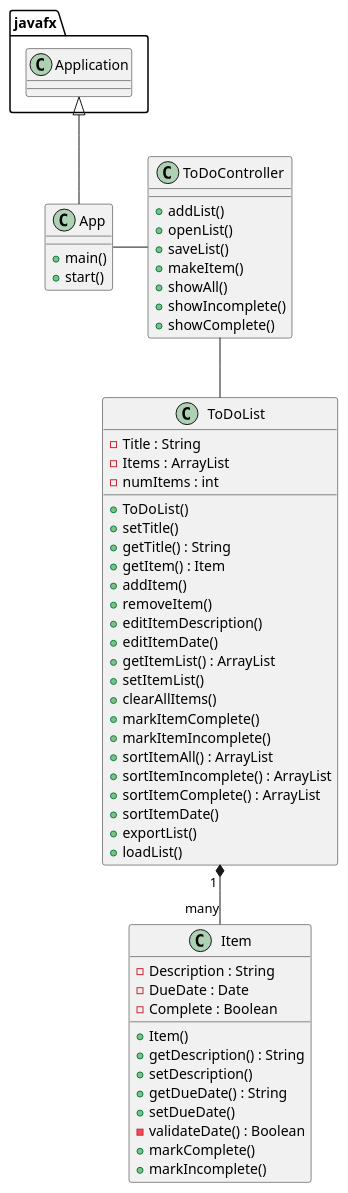
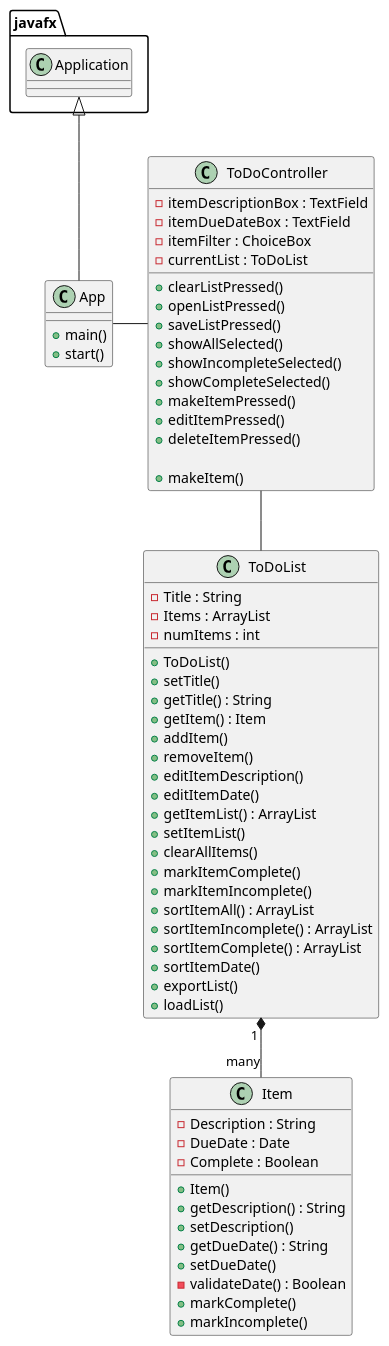
The diagram in uml/ToDoUML.puml (kieran-l-jimenez/jimenez-cop3330-assignment4part2), drawn with PlantUML before and after one commit. The commit also changed 4 other files, not shown here.

```diff
--- a/uml/ToDoUML.puml
+++ b/uml/ToDoUML.puml
@@ -1,79 +1,88 @@
 @startuml
 
 class App {
     + main()
     + start()
 }
 
 class ToDoController {
-+ addList()
-+ openList()
-+ saveList()
+- itemDescriptionBox : TextField
+- itemDueDateBox : TextField
+- itemFilter : ChoiceBox
+- currentList : ToDoList
+
++ clearListPressed()
++ openListPressed()
++ saveListPressed()
++ showAllSelected()
++ showIncompleteSelected()
++ showCompleteSelected()
++ makeItemPressed()
++ editItemPressed()
++ deleteItemPressed()
+
 + makeItem()
-+ showAll()
-+ showIncomplete()
-+ showComplete()
 }
 
 'Req 1
 class ToDoList {
 - Title : String
 - Items : ArrayList
 - numItems : int
 
 + ToDoList()
 + setTitle()
 + getTitle() : String
 + getItem() : Item
 + addItem()
 'Req 4
 + removeItem()
 'Req 5
 + editItemDescription()
 'Req 7
 + editItemDate()
 'Req 8
 + getItemList() : ArrayList
 + setItemList()
 + clearAllItems()
 'Req 6
 + markItemComplete()
 + markItemIncomplete()
 'Req 9
 + sortItemAll() : ArrayList
 'Req 10
 + sortItemIncomplete() : ArrayList
 'Req 11
 + sortItemComplete() : ArrayList
 'Req 12
 + sortItemDate()
 + exportList()
 'Req 13
 + loadList()
 'Req 14
 }
 
 class Item {
 - Description : String
 'Req 2
 - DueDate : Date
 'Req 3
 'Format: YYYY-MM-DD
 - Complete : Boolean
 
 + Item()
 + getDescription() : String
 + setDescription()
 + getDueDate() : String
 + setDueDate()
 - validateDate() : Boolean
 'Req 3.1: see if 1)DD doesn't go past max for the month, 2)positive numbers
 + markComplete()
 + markIncomplete()
 }
 
 ToDoList "1 " *-- "many" Item
 App - ToDoController
 ToDoController -- ToDoList
 javafx.Application <|-- App
 @enduml
```
